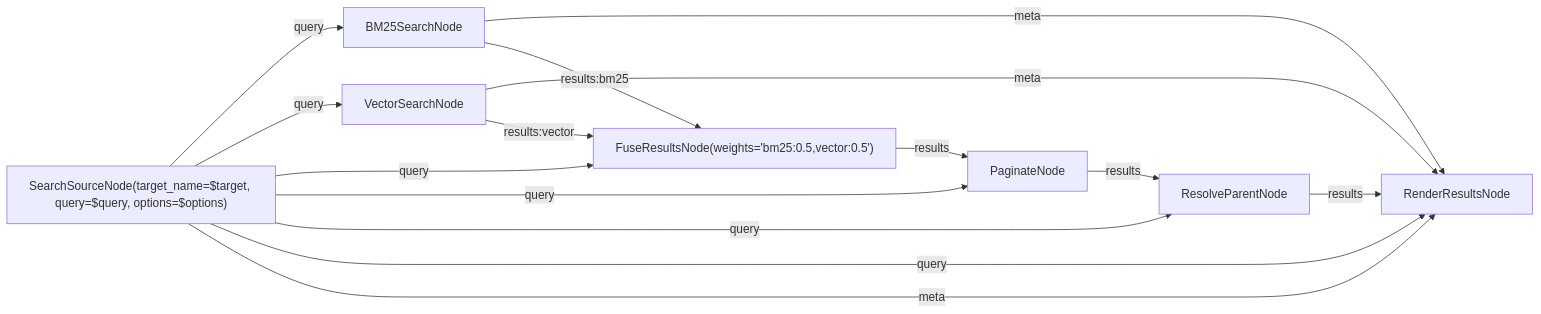
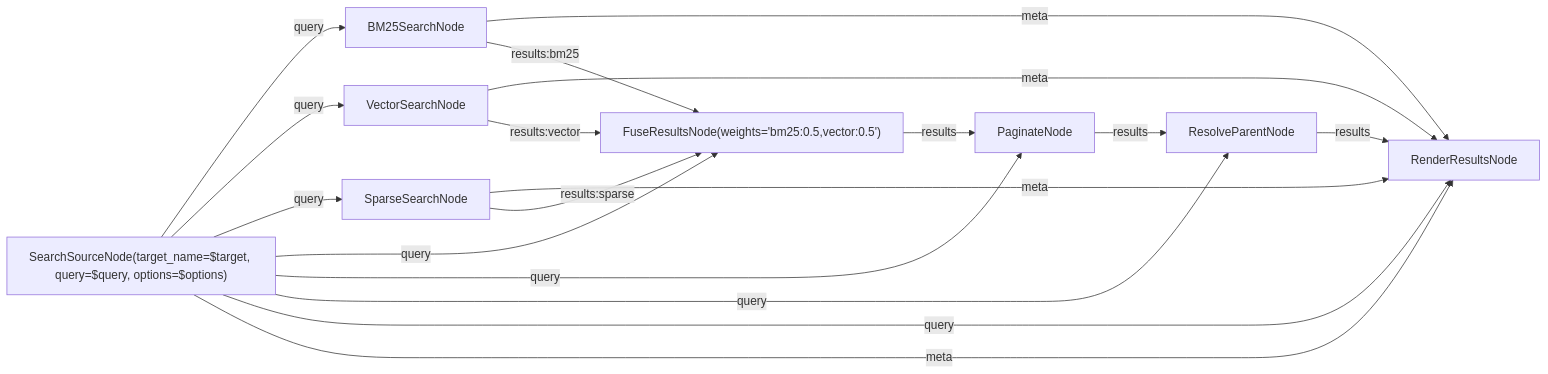
Before and after one commit to L-Defraiteur/rag3db: the diagram in extension/rag3weaver/templates/tools/search_structured.mmd, drawn with Mermaid. The commit also changed 1 other file, not shown here.

```diff
--- a/extension/rag3weaver/templates/tools/search_structured.mmd
+++ b/extension/rag3weaver/templates/tools/search_structured.mmd
@@ -1,29 +1,33 @@
 %% tool: search_structured
 %% description: Recherche structurée dans une entité : lucivy et dense local, filtres appliqués par chaque signal avant fusion et pagination.
 %% param: target string! -- Entité où chercher.
 %% param: query string! -- Description naturelle ou nom de carte.
 %% param: options json! -- SearchOptions : filter_condition, limit, offset, signals, consistency. Les restrictions collection/deck sont injectées ici avant l'exécution.
 %% result: render.results
 
 graph LR
     source["SearchSourceNode(target_name=$target, query=$query, options=$options)"]
     bm25["BM25SearchNode"]
     vector["VectorSearchNode"]
+    sparse["SparseSearchNode"]
     fuse["FuseResultsNode(weights='bm25:0.5,vector:0.5')"]
     paginate["PaginateNode"]
     resolve["ResolveParentNode"]
     render["RenderResultsNode"]
     source -->|query| bm25
     source -->|query| vector
+    source -->|query| sparse
     source -->|query| fuse
     source -->|query| paginate
     source -->|query| resolve
     source -->|query| render
     source -->|meta| render
     bm25 -->|meta| render
     vector -->|meta| render
+    sparse -->|meta| render
     bm25 -->|results:bm25| fuse
     vector -->|results:vector| fuse
+    sparse -->|results:sparse| fuse
     fuse -->|results| paginate
     paginate -->|results| resolve
     resolve -->|results| render
```
